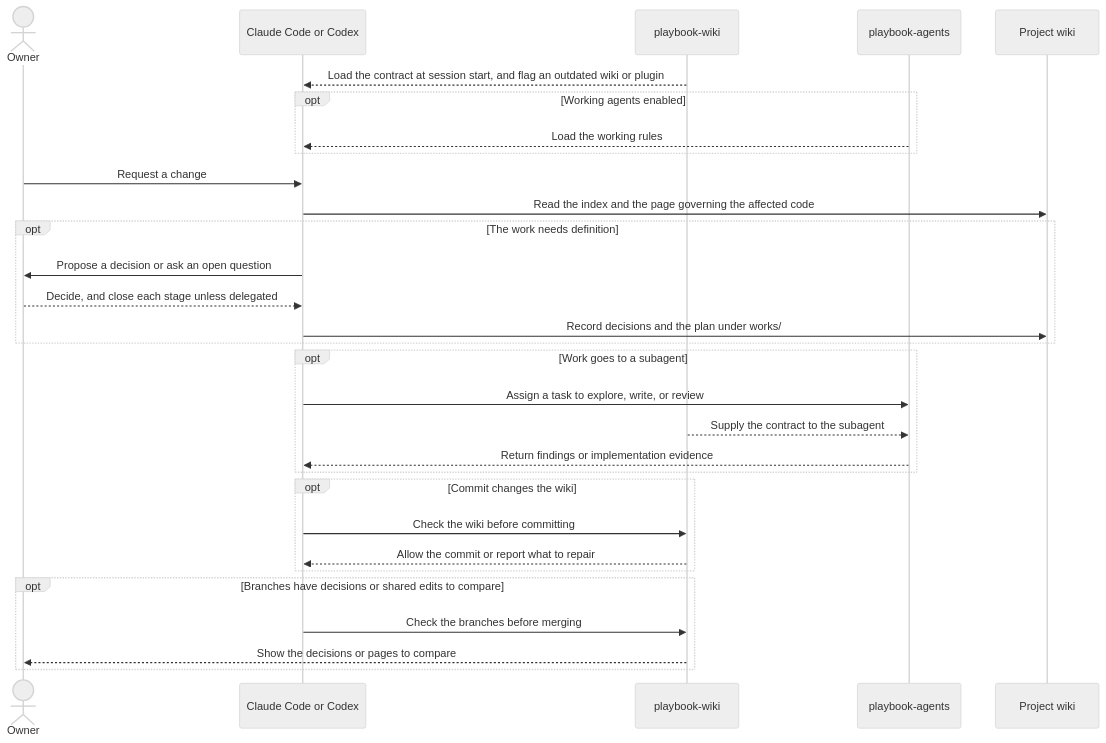
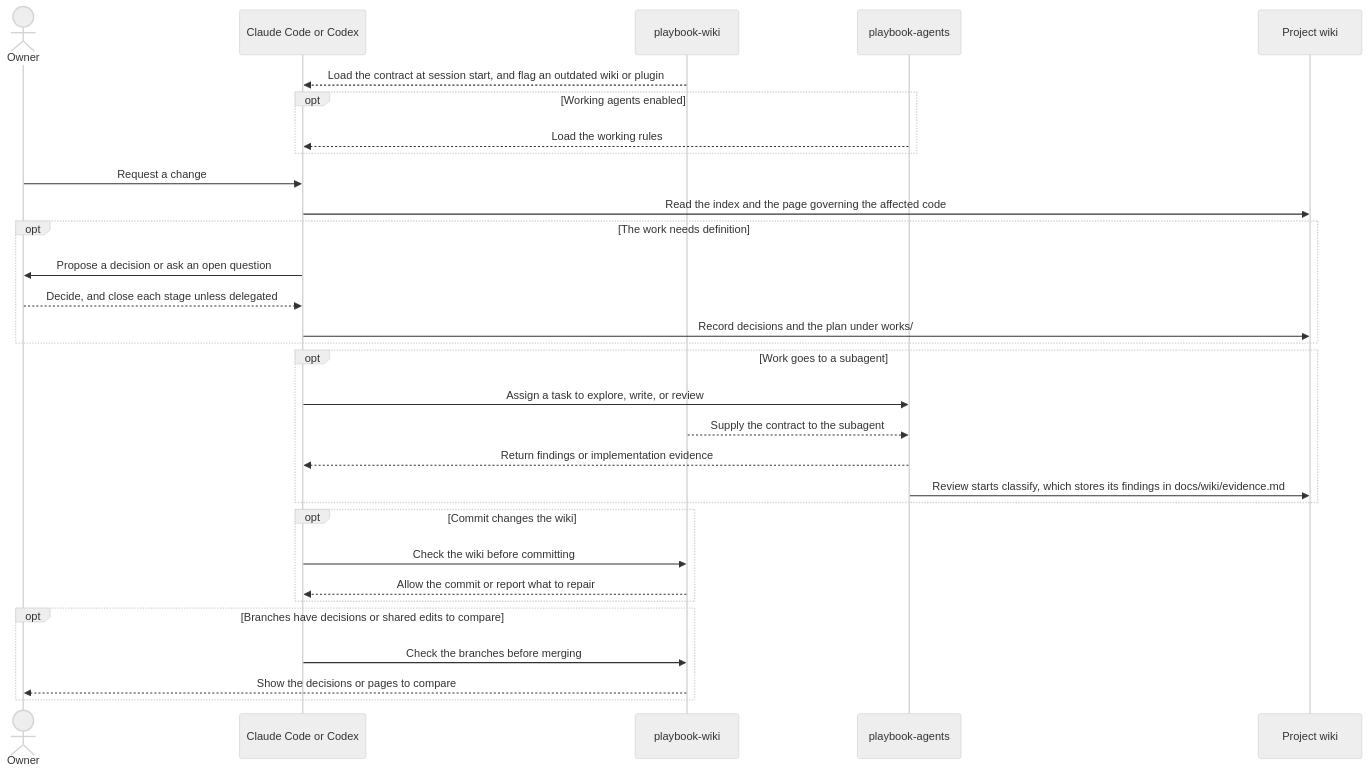
The second of 2 diagrams in README.md (andresfrei/playbook), drawn with Mermaid (neutral theme) before and after one commit. The commit also changed other lines of this file and 11 other files, not shown here.

````diff
--- a/README.md
+++ b/README.md
@@ -63,32 +63,33 @@
 ```mermaid
 sequenceDiagram
     actor Owner
     participant Agent as Claude Code or Codex
     participant W as playbook-wiki
     participant A as playbook-agents
     participant Repo as Project wiki
     W-->>Agent: Load the contract at session start, and flag an outdated wiki or plugin
     opt Working agents enabled
         A-->>Agent: Load the working rules
     end
     Owner->>Agent: Request a change
     Agent->>Repo: Read the index and the page governing the affected code
     opt The work needs definition
         Agent->>Owner: Propose a decision or ask an open question
         Owner-->>Agent: Decide, and close each stage unless delegated
         Agent->>Repo: Record decisions and the plan under works/
     end
     opt Work goes to a subagent
         Agent->>A: Assign a task to explore, write, or review
         W-->>A: Supply the contract to the subagent
         A-->>Agent: Return findings or implementation evidence
+        A->>Repo: Review starts classify, which stores its findings in docs/wiki/evidence.md
     end
     opt Commit changes the wiki
         Agent->>W: Check the wiki before committing
         W-->>Agent: Allow the commit or report what to repair
     end
     opt Branches have decisions or shared edits to compare
         Agent->>W: Check the branches before merging
         W-->>Owner: Show the decisions or pages to compare
     end
 ```
````
